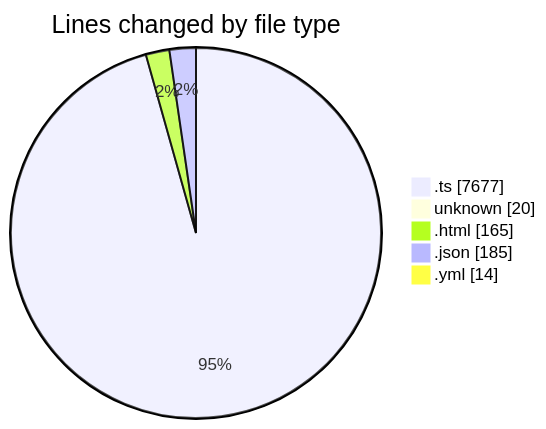
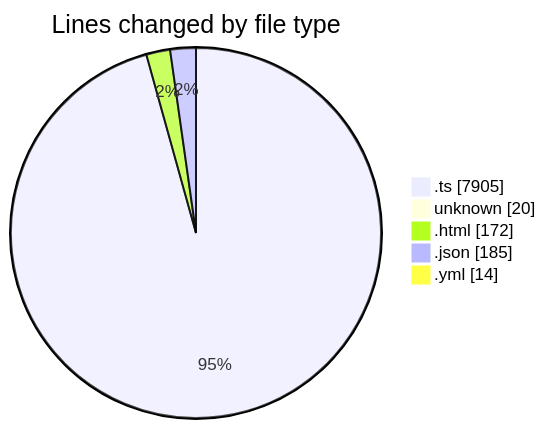
Before and after one commit to tmsrecording-cyber/code-tracking: the first of 2 diagrams in 2026-02-06/singularitybrainai/README.md, drawn with Mermaid. The commit also changed other lines of this file and 1 other file, not shown here.

````diff
--- a/2026-02-06/singularitybrainai/README.md
+++ b/2026-02-06/singularitybrainai/README.md
@@ -40,9 +40,9 @@
 ```mermaid
 pie showData
 title Lines changed by file type
-".ts" : 7677
+".ts" : 7905
 "unknown" : 20
-".html" : 165
+".html" : 172
 ".json" : 185
 ".yml" : 14
 ```
````
